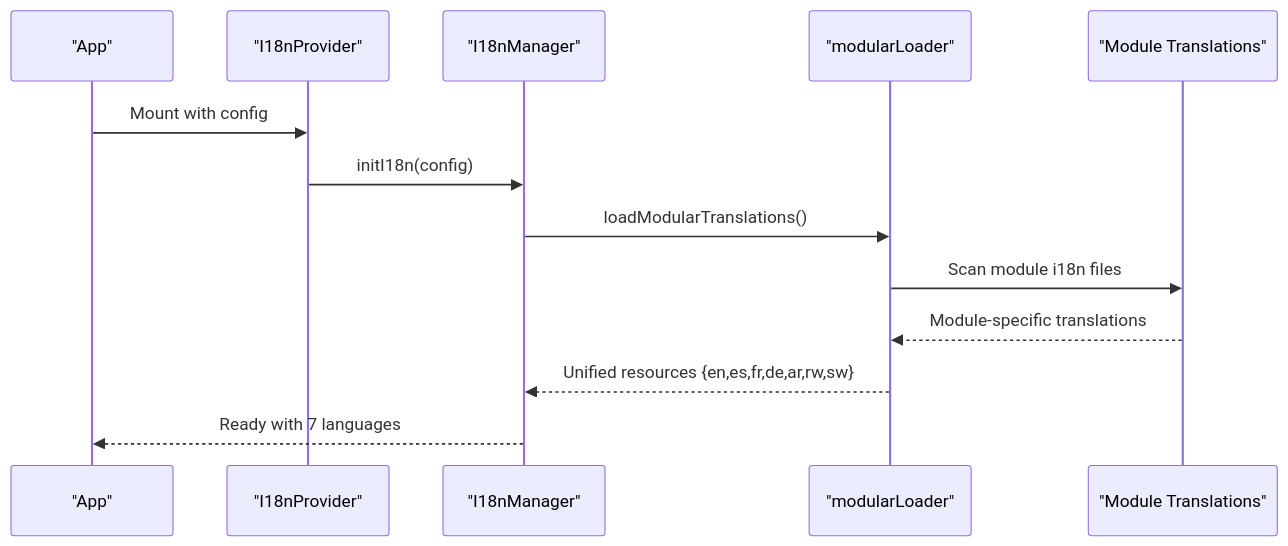
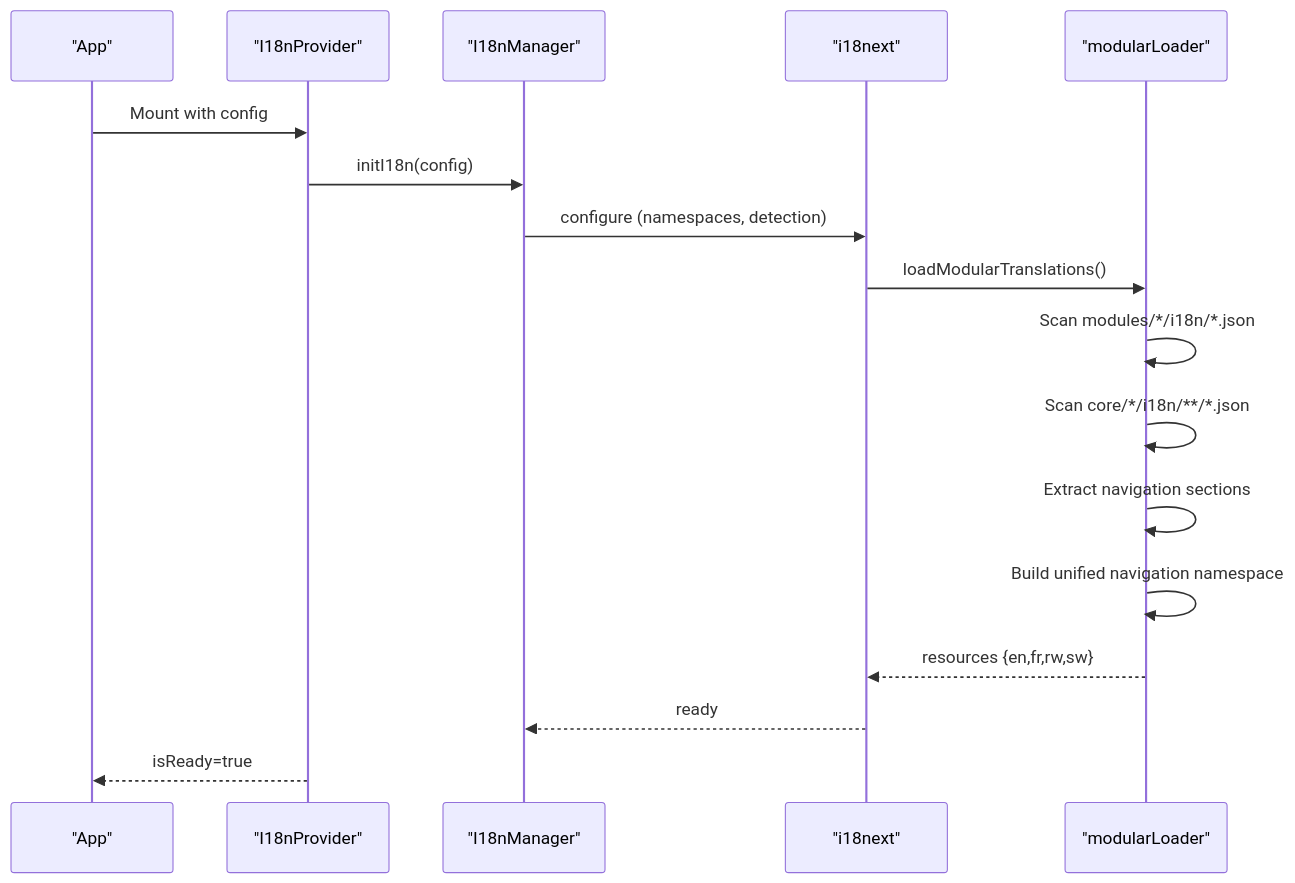
The second of 9 diagrams in .qoder/repowiki/en/content/Internationalization.md (geniusdynamics/schoolpilot), drawn with Mermaid before and after one commit. The commit also changed other lines of this file and 311 other files, not shown here.

````diff
--- a/.qoder/repowiki/en/content/Internationalization.md
+++ b/.qoder/repowiki/en/content/Internationalization.md
@@ -160,15 +149,19 @@
 ```mermaid
 sequenceDiagram
 participant App as "App"
 participant Provider as "I18nProvider"
 participant Manager as "I18nManager"
+participant I18n as "i18next"
 participant Loader as "modularLoader"
-participant Modules as "Module Translations"
 App->>Provider : Mount with config
 Provider->>Manager : initI18n(config)
-Manager->>Loader : loadModularTranslations()
-Loader->>Modules : Scan module i18n files
-Modules-->>Loader : Module-specific translations
-Loader-->>Manager : Unified resources {en,es,fr,de,ar,rw,sw}
-Manager-->>App : Ready with 7 languages
+Manager->>I18n : configure (namespaces, detection)
+I18n->>Loader : loadModularTranslations()
+Loader->>Loader : Scan modules/*/i18n/*.json
+Loader->>Loader : Scan core/*/i18n/**/*.json
+Loader->>Loader : Extract navigation sections
+Loader->>Loader : Build unified navigation namespace
+Loader-->>I18n : resources {en,fr,rw,sw}
+I18n-->>Manager : ready
+Provider-->>App : isReady=true
 ```
````
